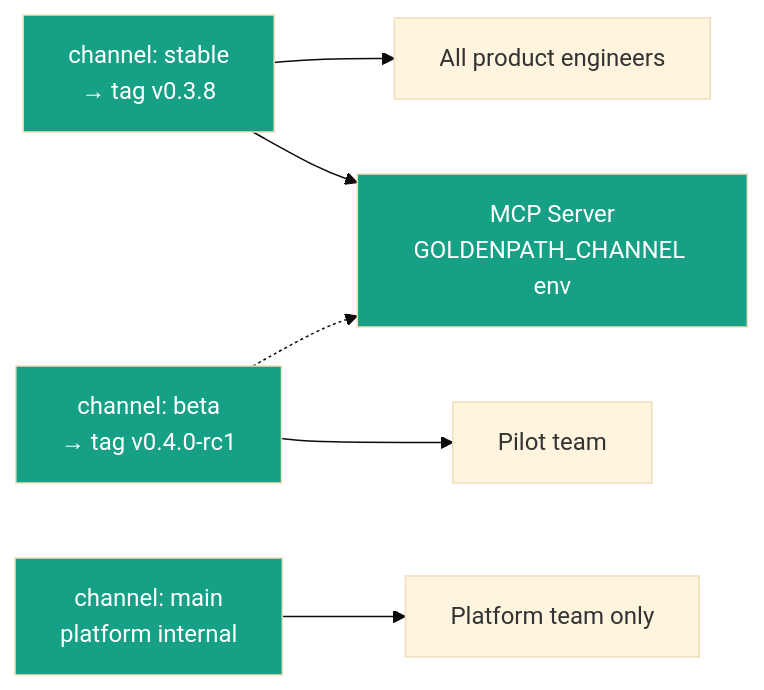
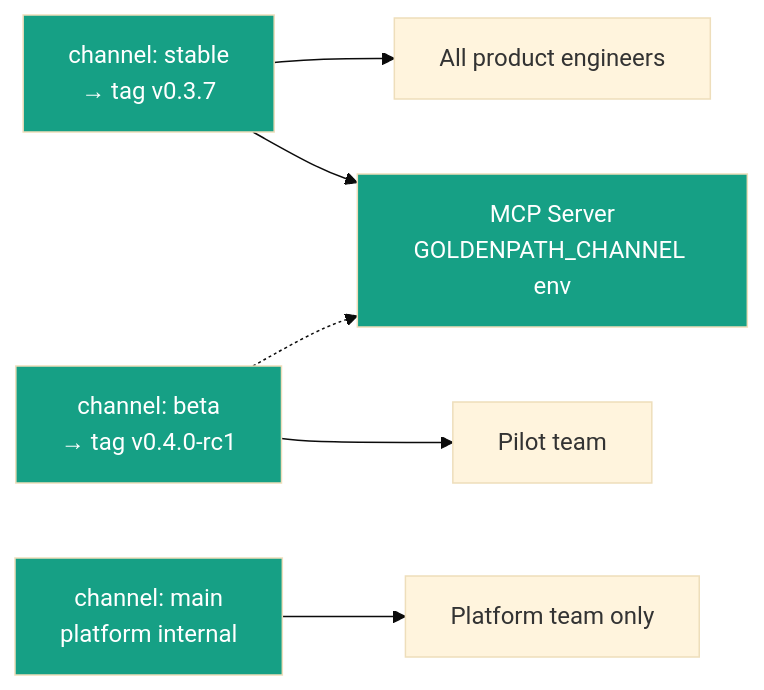
Before and after one commit to jonathannevarez-sc/goldenpath: the seventh of 8 diagrams in docs/design/golden-path-mcp-evolution-architecture.md, drawn with Mermaid (base theme). The commit also changed other lines of this file and 44 other files, not shown here.

````diff
--- a/docs/design/golden-path-mcp-evolution-architecture.md
+++ b/docs/design/golden-path-mcp-evolution-architecture.md
@@ -286,16 +286,16 @@
 ```mermaid
 flowchart LR
     classDef ch fill:#16A085,color:#fff
 
-    stable["channel: stable\n→ tag v0.3.8"]:::ch
+    stable["channel: stable\n→ tag v0.3.7"]:::ch
     beta["channel: beta\n→ tag v0.4.0-rc1"]:::ch
     main["channel: main\nplatform internal"]:::ch
 
     stable --> Eng["All product engineers"]
     beta --> Pilot["Pilot team"]
     main --> Plat["Platform team only"]
 
     MCP["MCP Server\nGOLDENPATH_CHANNEL env"]:::ch
     stable --> MCP
     beta -.-> MCP
 ```
````
